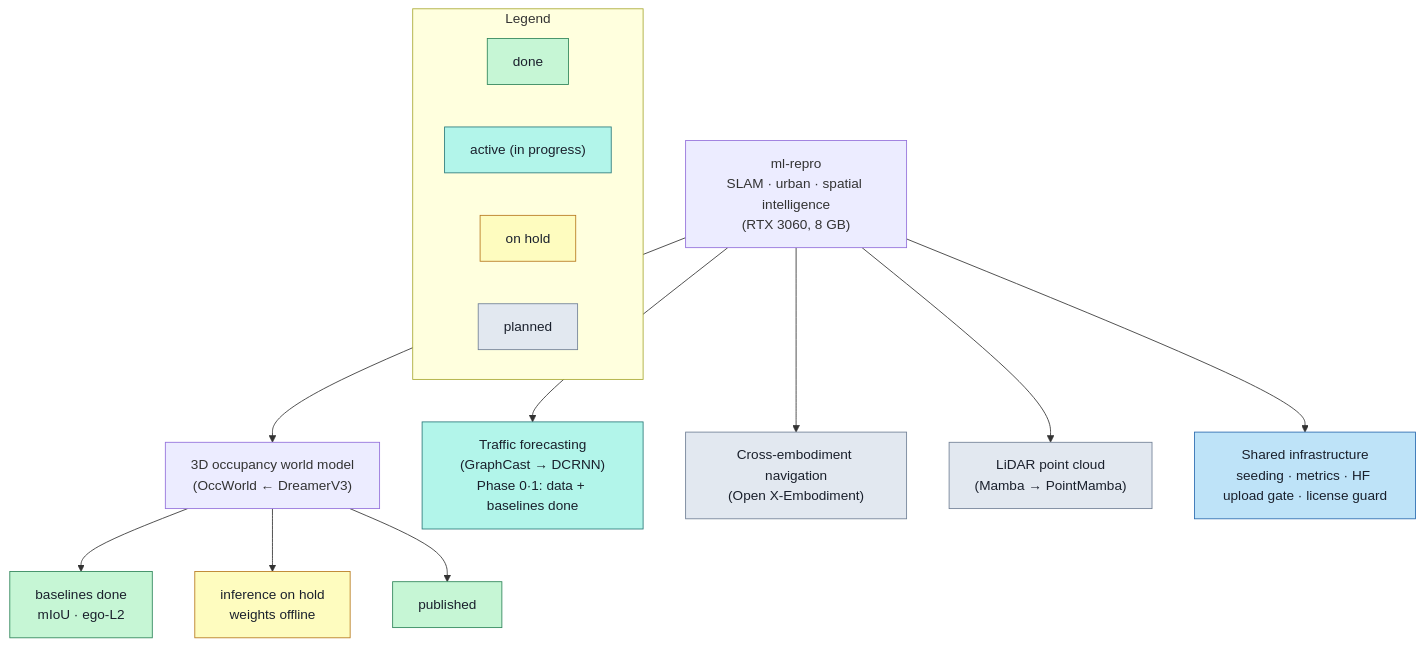
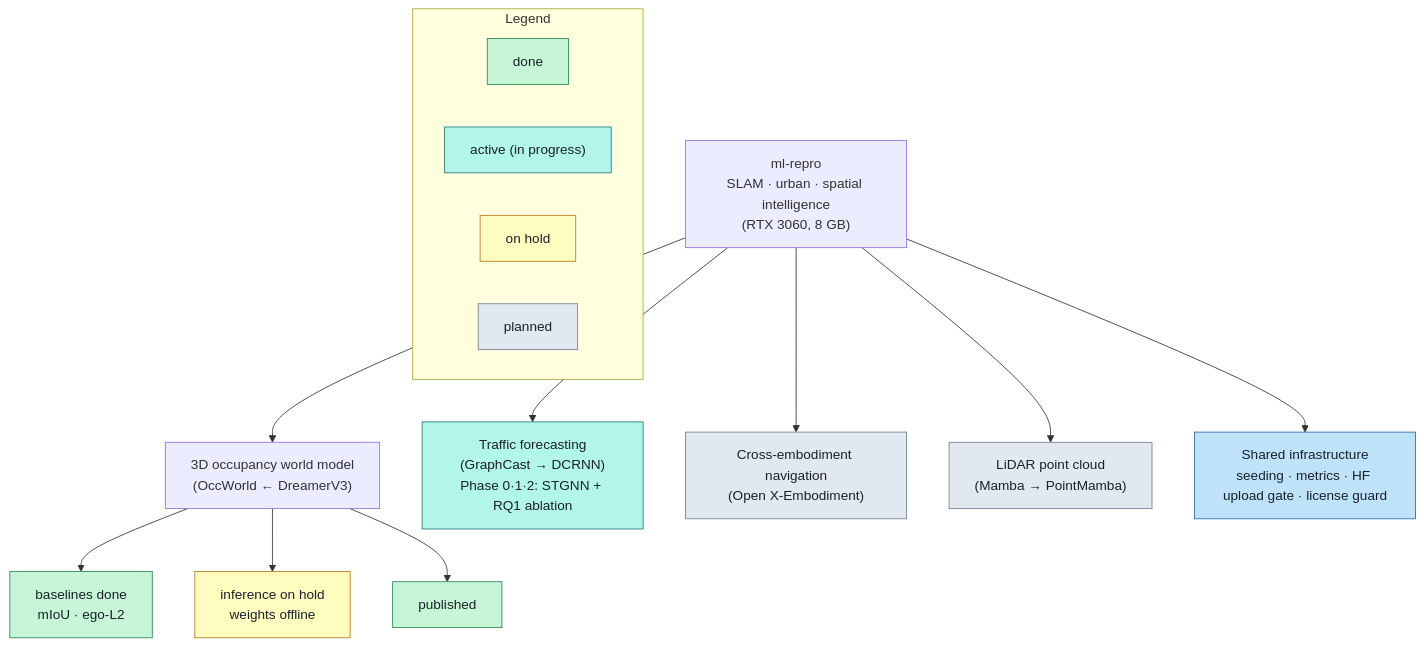
One commit to urbsn4i-sw/ml-repro changed the first of 2 diagrams in README.md. Above: the diagram before and after it, drawn with Mermaid. The commit also changed other lines of this file and 1 other file, not shown here.

First line of the commit message:
docs: sync root README (EN/KO) — traffic Phase 2 (STGNN + RQ1 ablation) done

````diff
--- a/README.md
+++ b/README.md
@@ -18,28 +18,28 @@
 ```mermaid
 flowchart TB
   root["ml-repro<br/>SLAM · urban · spatial intelligence<br/>(RTX 3060, 8 GB)"]
 
   root --> occ["3D occupancy world model<br/>(OccWorld ← DreamerV3)"]
   occ --> occ1["baselines done<br/>mIoU · ego-L2"]:::done
   occ --> occ2["inference on hold<br/>weights offline"]:::onhold
   occ --> occ3["published"]:::done
 
-  root --> t1["Traffic forecasting<br/>(GraphCast → DCRNN)<br/>Phase 0·1: data + baselines done"]:::active
+  root --> t1["Traffic forecasting<br/>(GraphCast → DCRNN)<br/>Phase 0·1·2: STGNN + RQ1 ablation"]:::active
   root --> t2["Cross-embodiment navigation<br/>(Open X-Embodiment)"]:::planned
   root --> t3["LiDAR point cloud<br/>(Mamba → PointMamba)"]:::planned
 
   root --> infra["Shared infrastructure<br/>seeding · metrics · HF upload gate · license guard"]:::infra
 
   subgraph Legend
     Ld["done"]:::done
     La["active (in progress)"]:::active
     Lh["on hold"]:::onhold
     Lp["planned"]:::planned
   end
 
   classDef done fill:#c6f6d5,stroke:#2f855a,color:#1a202c;
   classDef active fill:#b2f5ea,stroke:#2c7a7b,color:#1a202c;
   classDef onhold fill:#fefcbf,stroke:#b7791f,color:#1a202c;
   classDef planned fill:#e2e8f0,stroke:#718096,color:#1a202c;
   classDef infra fill:#bee3f8,stroke:#2b6cb0,color:#1a202c;
 ```
````
